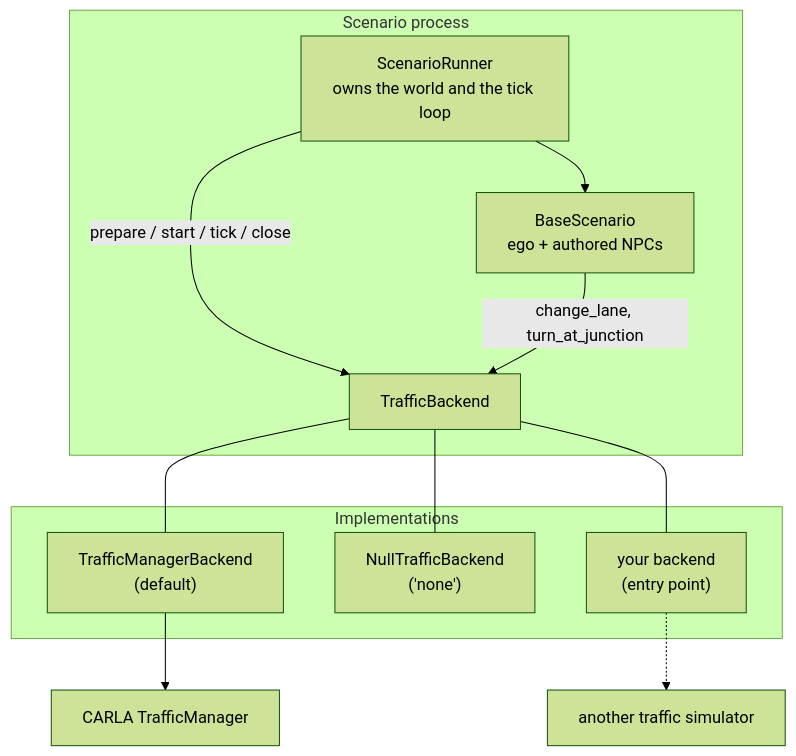
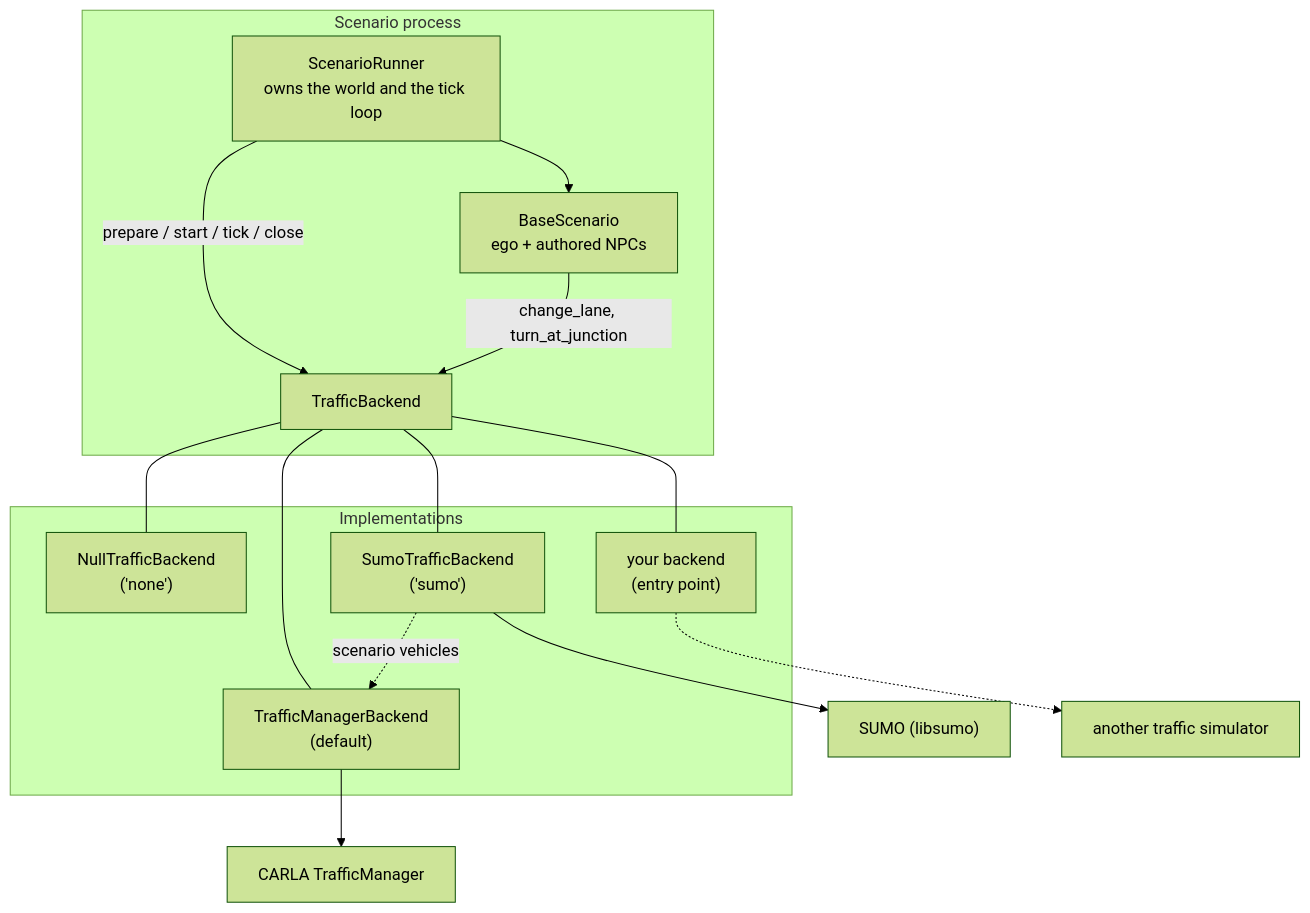
The diagram in autoware_carla_scenario/docs/traffic_backends.md (autowarefoundation/autoware_carla_scenario), drawn with Mermaid (forest theme) before and after one commit. The commit also changed other lines of this file and 11 other files, not shown here.

First line of the commit message:
feat(traffic): SUMO traffic backend (traffic=sumo)

````diff
--- a/autoware_carla_scenario/docs/traffic_backends.md
+++ b/autoware_carla_scenario/docs/traffic_backends.md
@@ -18,23 +18,27 @@
 ```mermaid
 flowchart TB
     subgraph run["Scenario process"]
         SR["ScenarioRunner<br/>owns the world and the tick loop"]
         SC["BaseScenario<br/>ego + authored NPCs"]
         BE["TrafficBackend"]
         SR -->|"prepare / start / tick / close"| BE
         SC -->|"change_lane, turn_at_junction"| BE
         SR --> SC
     end
 
     subgraph impls["Implementations"]
         TM["TrafficManagerBackend<br/>(default)"]
         NONE["NullTrafficBackend<br/>('none')"]
+        SUMO["SumoTrafficBackend<br/>('sumo')"]
         EXT["your backend<br/>(entry point)"]
     end
 
     BE --- TM
     BE --- NONE
+    BE --- SUMO
     BE --- EXT
     TM --> CTM["CARLA TrafficManager"]
+    SUMO --> LS["SUMO (libsumo)"]
+    SUMO -.->|"scenario vehicles"| TM
     EXT -.-> SIM["another traffic simulator"]
 ```
````
